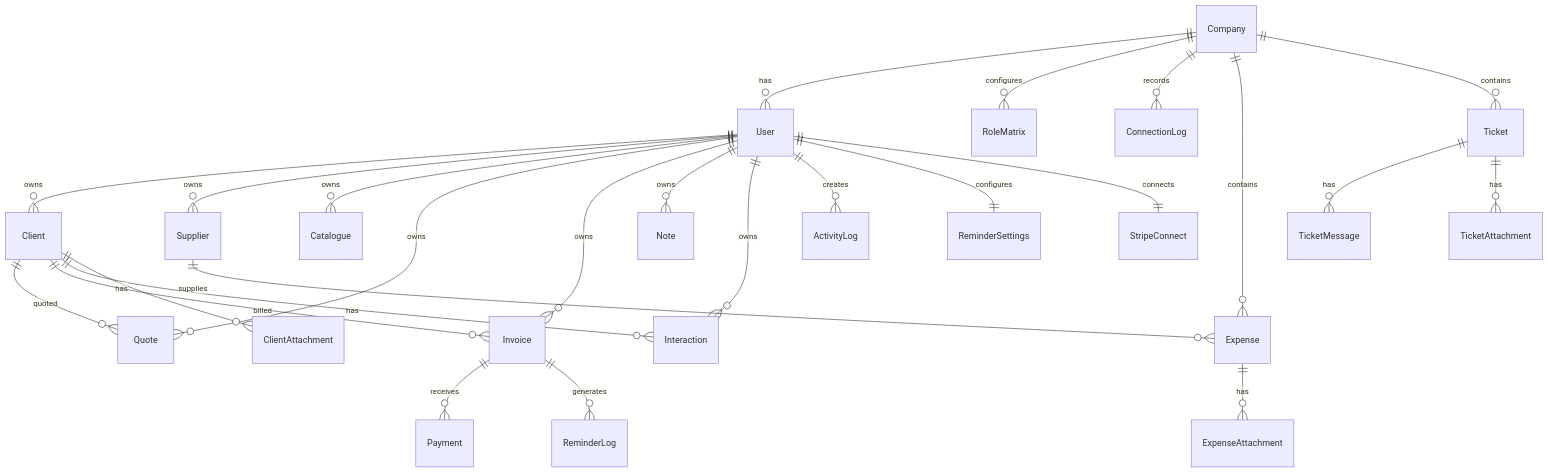
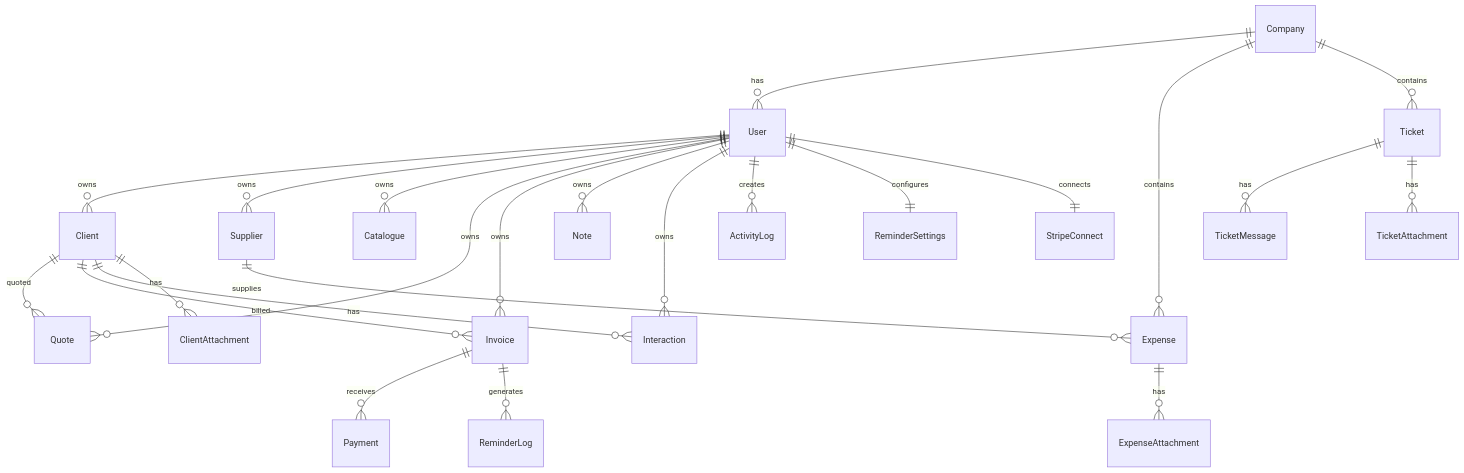
The diagram in docs/database-schema.md (BasirKhan418/crm-roberto), drawn with Mermaid before and after one commit. The commit also changed other lines of this file and 20 other files, not shown here.

````diff
--- a/docs/database-schema.md
+++ b/docs/database-schema.md
@@ -9,28 +9,26 @@
 ```mermaid
 erDiagram
   Company ||--o{ User : has
-  Company ||--o{ RoleMatrix : configures
-  Company ||--o{ ConnectionLog : records
   User ||--o{ Client : owns
   User ||--o{ Supplier : owns
   User ||--o{ Catalogue : owns
   User ||--o{ Quote : owns
   User ||--o{ Invoice : owns
   User ||--o{ Note : owns
   User ||--o{ Interaction : owns
   User ||--o{ ActivityLog : creates
   Company ||--o{ Expense : contains
   Company ||--o{ Ticket : contains
   Client ||--o{ Quote : quoted
   Client ||--o{ Invoice : billed
   Client ||--o{ Interaction : has
   Client ||--o{ ClientAttachment : has
   Supplier ||--o{ Expense : supplies
   Expense ||--o{ ExpenseAttachment : has
   Invoice ||--o{ Payment : receives
   Invoice ||--o{ ReminderLog : generates
   Ticket ||--o{ TicketMessage : has
   Ticket ||--o{ TicketAttachment : has
   User ||--|| ReminderSettings : configures
   User ||--|| StripeConnect : connects
 ```
````
